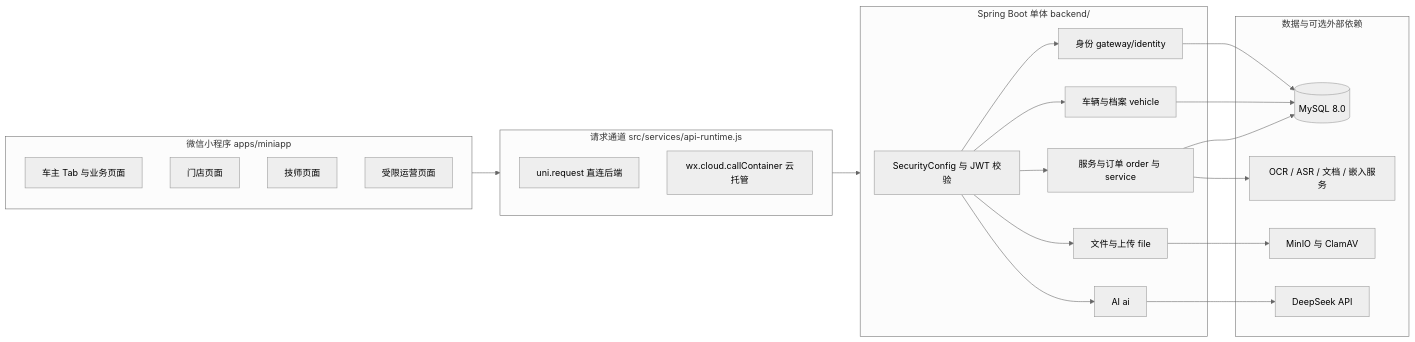
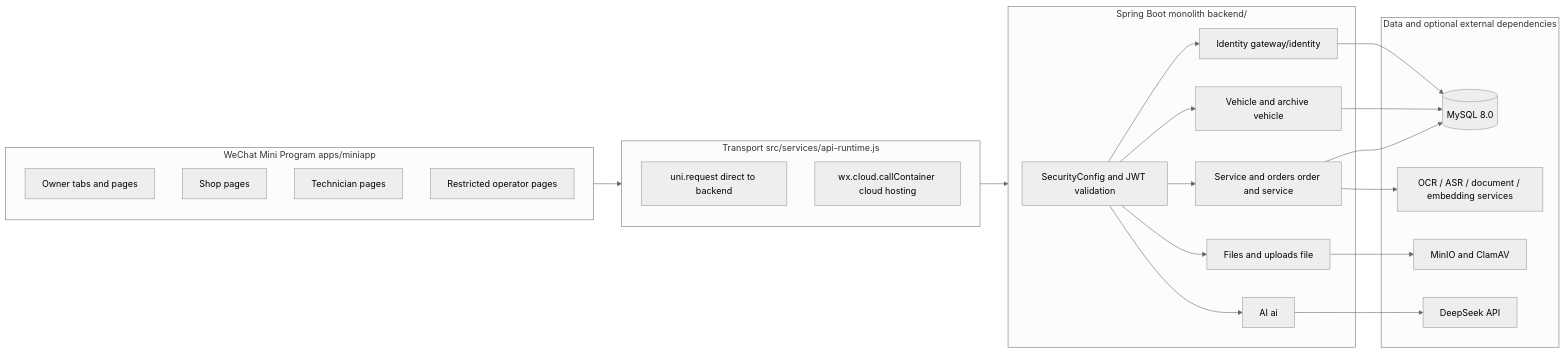
One commit to Vehicle-Health-Manager-Platform/Vehicle-Health-Manager-Platform changed the second of 5 diagrams in README.md. Above: the diagram before and after it, drawn with Mermaid (neutral theme). The commit also changed other lines of this file and 1 other file, not shown here.

````diff
--- a/README.md
+++ b/README.md
@@ -167,43 +210,43 @@
 ```mermaid
 flowchart LR
-    subgraph CLIENT["微信小程序 apps/miniapp"]
-        C1["车主 Tab 与业务页面"]
-        C2["门店页面"]
-        C3["技师页面"]
-        C4["受限运营页面"]
+    subgraph CLIENT["WeChat Mini Program apps/miniapp"]
+        C1["Owner tabs and pages"]
+        C2["Shop pages"]
+        C3["Technician pages"]
+        C4["Restricted operator pages"]
     end
 
-    subgraph TRANSPORT["请求通道 src/services/api-runtime.js"]
-        T1["uni.request 直连后端"]
-        T2["wx.cloud.callContainer 云托管"]
+    subgraph TRANSPORT["Transport src/services/api-runtime.js"]
+        T1["uni.request direct to backend"]
+        T2["wx.cloud.callContainer cloud hosting"]
     end
 
-    subgraph BACKEND["Spring Boot 单体 backend/"]
-        B1["SecurityConfig 与 JWT 校验"]
-        B2["身份 gateway/identity"]
-        B3["车辆与档案 vehicle"]
-        B4["服务与订单 order 与 service"]
-        B5["文件与上传 file"]
+    subgraph BACKEND["Spring Boot monolith backend/"]
+        B1["SecurityConfig and JWT validation"]
+        B2["Identity gateway/identity"]
+        B3["Vehicle and archive vehicle"]
+        B4["Service and orders order and service"]
+        B5["Files and uploads file"]
         B6["AI ai"]
     end
 
-    subgraph DATA["数据与可选外部依赖"]
+    subgraph DATA["Data and optional external dependencies"]
         D1[("MySQL 8.0")]
-        D2["MinIO 与 ClamAV"]
+        D2["MinIO and ClamAV"]
         D3["DeepSeek API"]
-        D4["OCR / ASR / 文档 / 嵌入服务"]
+        D4["OCR / ASR / document / embedding services"]
     end
 
     CLIENT --> TRANSPORT --> BACKEND
     B1 --> B2
     B1 --> B3
     B1 --> B4
     B1 --> B5
     B1 --> B6
     B2 --> D1
     B3 --> D1
     B4 --> D1
     B5 --> D2
     B6 --> D3
     B4 --> D4
 ```
````
